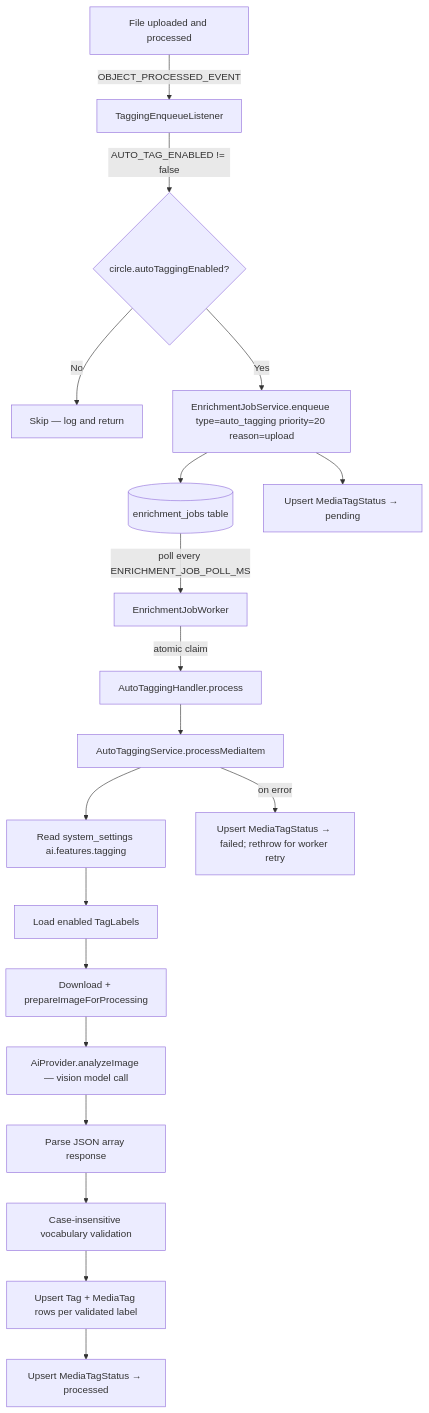
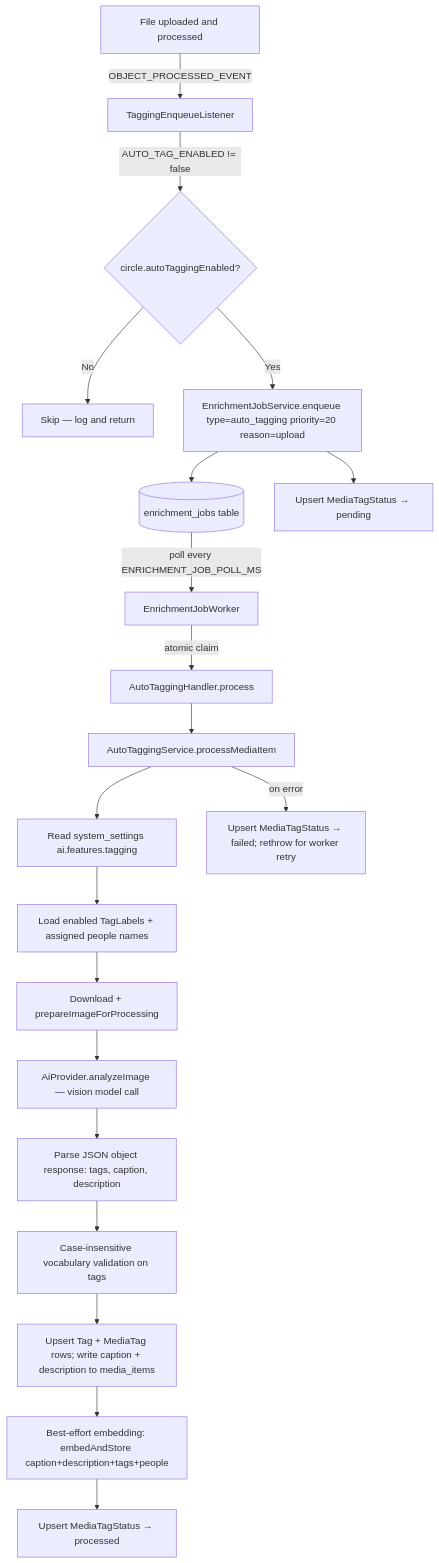
The diagram in docs/specs/auto-tagging.md (marinoscar/MemoriaHub), drawn with Mermaid before and after one commit. The commit also changed other lines of this file and 2 other files, not shown here.

First line of the commit message:
docs(docs): document caption/description generation and pgvector semantic search

````diff
--- a/docs/specs/auto-tagging.md
+++ b/docs/specs/auto-tagging.md
@@ -44,21 +50,22 @@
 ```mermaid
 flowchart TD
     A[File uploaded and processed] -->|OBJECT_PROCESSED_EVENT| B[TaggingEnqueueListener]
     B -->|AUTO_TAG_ENABLED != false| C{circle.autoTaggingEnabled?}
     C -->|No| D[Skip — log and return]
     C -->|Yes| E[EnrichmentJobService.enqueue type=auto_tagging priority=20 reason=upload]
     E --> F[(enrichment_jobs table)]
     E --> G[Upsert MediaTagStatus → pending]
     F -->|poll every ENRICHMENT_JOB_POLL_MS| H[EnrichmentJobWorker]
     H -->|atomic claim| I[AutoTaggingHandler.process]
     I --> J[AutoTaggingService.processMediaItem]
     J --> K[Read system_settings ai.features.tagging]
-    K --> L[Load enabled TagLabels]
+    K --> L[Load enabled TagLabels + assigned people names]
     L --> M[Download + prepareImageForProcessing]
     M --> N[AiProvider.analyzeImage — vision model call]
-    N --> O[Parse JSON array response]
-    O --> P[Case-insensitive vocabulary validation]
-    P --> Q[Upsert Tag + MediaTag rows per validated label]
-    Q --> R[Upsert MediaTagStatus → processed]
-    J -->|on error| S[Upsert MediaTagStatus → failed; rethrow for worker retry]
+    N --> O[Parse JSON object response: tags, caption, description]
+    O --> P[Case-insensitive vocabulary validation on tags]
+    P --> Q[Upsert Tag + MediaTag rows; write caption + description to media_items]
+    Q --> R[Best-effort embedding: embedAndStore caption+description+tags+people]
+    R --> S[Upsert MediaTagStatus → processed]
+    J -->|on error| T[Upsert MediaTagStatus → failed; rethrow for worker retry]
 ```
````
